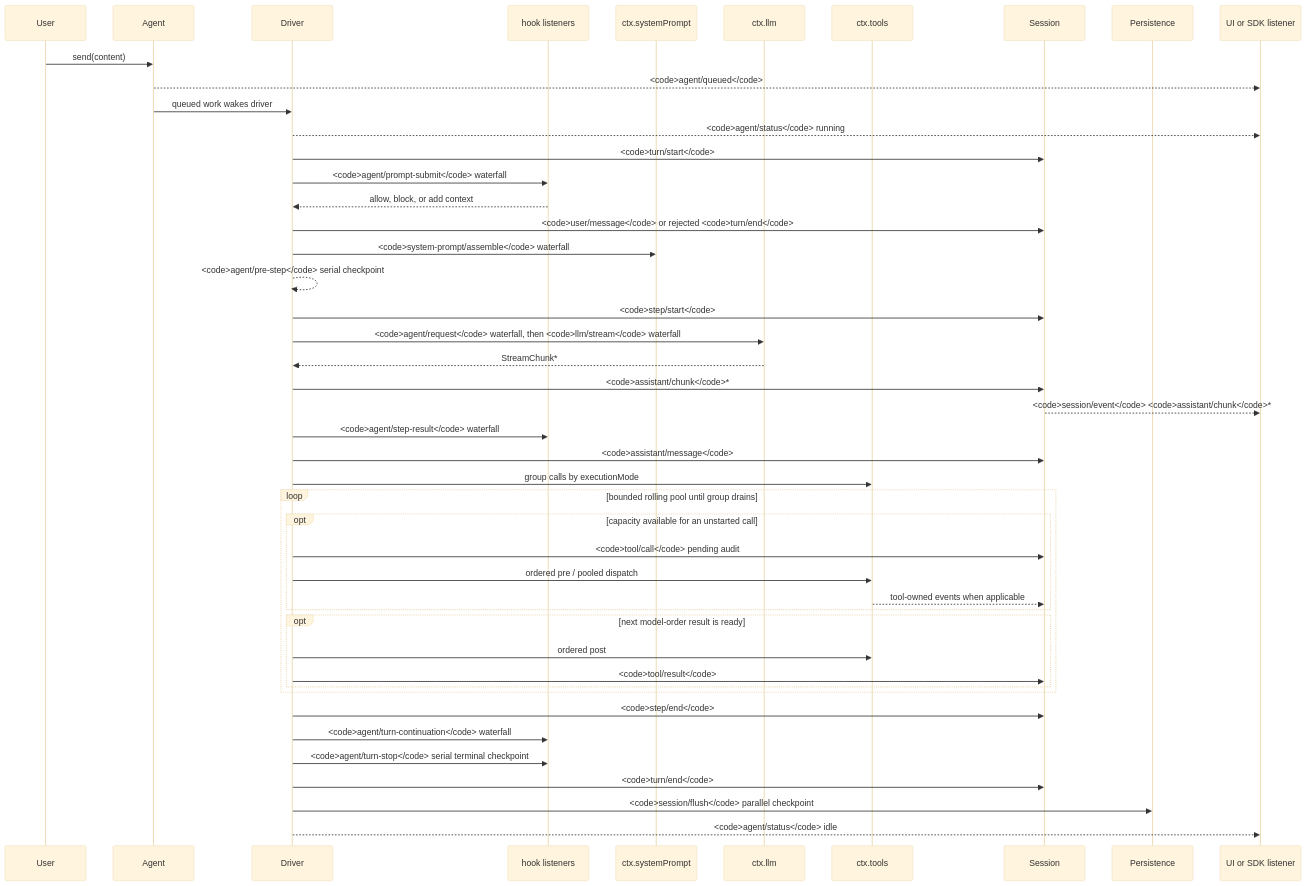
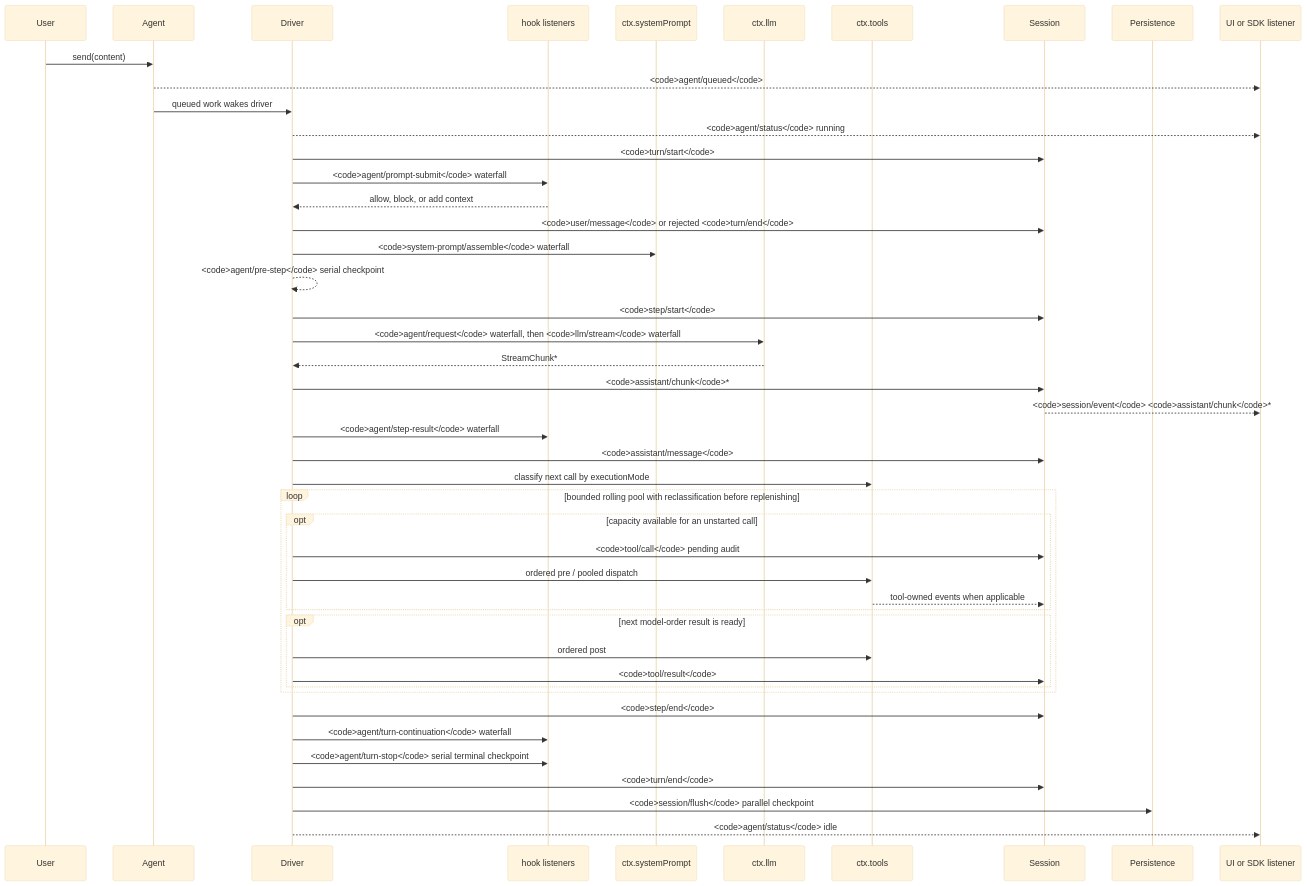
One commit to 007M7/DeepCode changed the diagram in docs/agent-lifecycle.md. Above: the diagram before and after it, drawn with Mermaid (base theme). The commit also changed 6 other files, not shown here.

````diff
--- a/docs/agent-lifecycle.md
+++ b/docs/agent-lifecycle.md
@@ -8,48 +8,48 @@
 ```mermaid
 sequenceDiagram
   participant User
   participant Agent
   participant Driver
   participant Hooks as hook listeners
   participant Prompt as ctx.systemPrompt
   participant LLM as ctx.llm
   participant Tools as ctx.tools
   participant Session
   participant Persistence
   participant SDK as UI or SDK listener
   User->>Agent: send(content)
   Agent-->>SDK: <code>agent/queued</code>
   Agent->>Driver: queued work wakes driver
   Driver-->>SDK: <code>agent/status</code> running
   Driver->>Session: <code>turn/start</code>
   Driver->>Hooks: <code>agent/prompt-submit</code> waterfall
   Hooks-->>Driver: allow, block, or add context
   Driver->>Session: <code>user/message</code> or rejected <code>turn/end</code>
   Driver->>Prompt: <code>system-prompt/assemble</code> waterfall
   Driver-->>Driver: <code>agent/pre-step</code> serial checkpoint
   Driver->>Session: <code>step/start</code>
   Driver->>LLM: <code>agent/request</code> waterfall, then <code>llm/stream</code> waterfall
   LLM-->>Driver: StreamChunk*
   Driver->>Session: <code>assistant/chunk</code>*
   Session-->>SDK: <code>session/event</code> <code>assistant/chunk</code>*
   Driver->>Hooks: <code>agent/step-result</code> waterfall
   Driver->>Session: <code>assistant/message</code>
-  Driver->>Tools: group calls by executionMode
-  loop bounded rolling pool until group drains
+  Driver->>Tools: classify next call by executionMode
+  loop bounded rolling pool with reclassification before replenishing
     opt capacity available for an unstarted call
       Driver->>Session: <code>tool/call</code> pending audit
       Driver->>Tools: ordered pre / pooled dispatch
       Tools-->>Session: tool-owned events when applicable
     end
     opt next model-order result is ready
       Driver->>Tools: ordered post
       Driver->>Session: <code>tool/result</code>
     end
   end
   Driver->>Session: <code>step/end</code>
   Driver->>Hooks: <code>agent/turn-continuation</code> waterfall
   Driver->>Hooks: <code>agent/turn-stop</code> serial terminal checkpoint
   Driver->>Session: <code>turn/end</code>
   Driver->>Persistence: <code>session/flush</code> parallel checkpoint
   Driver-->>SDK: <code>agent/status</code> idle
 ```
````
